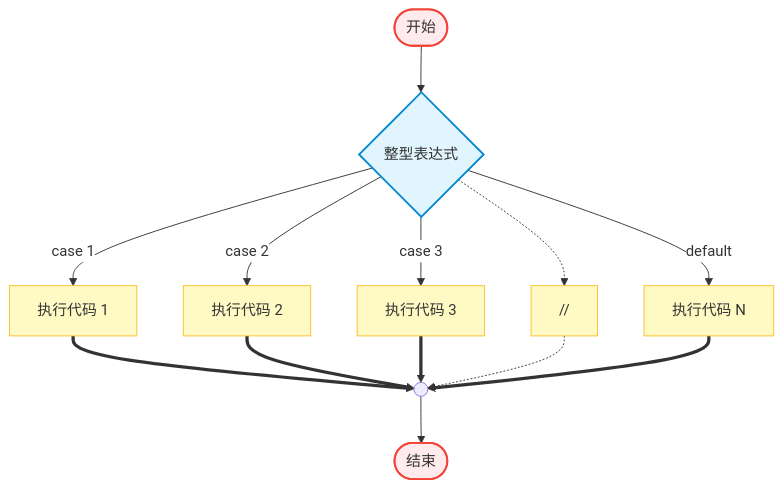
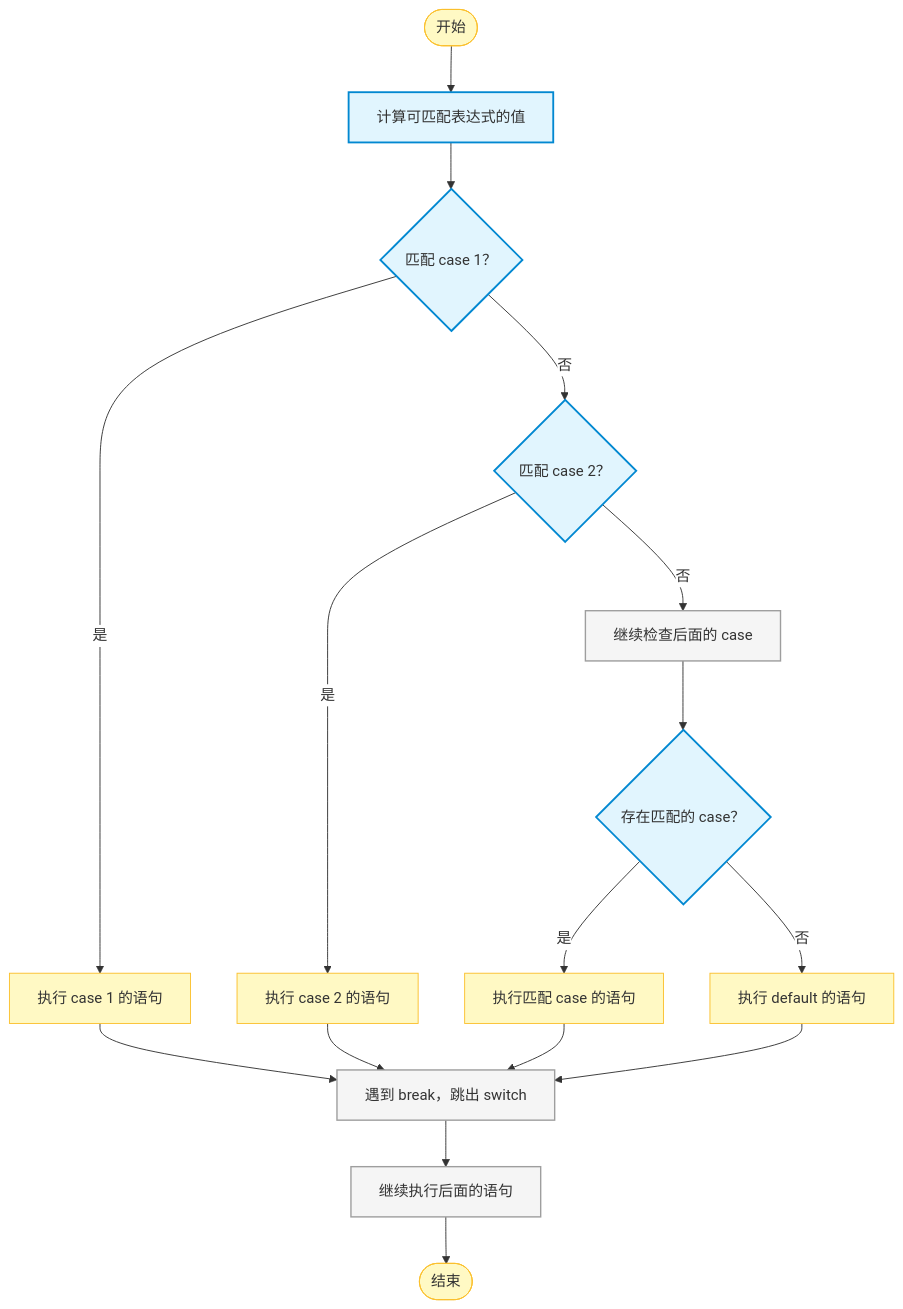
Before and after one commit to caozuoxitong-ren/oier-fans.github.io: the second of 2 diagrams in docs/信奥课程讲义/C++语法基础/C1_04_分支嵌套与逻辑运算符.md, drawn with Mermaid. The commit also changed other lines of this file and 7 other files, not shown here.

````diff
--- a/docs/信奥课程讲义/C++语法基础/C1_04_分支嵌套与逻辑运算符.md
+++ b/docs/信奥课程讲义/C++语法基础/C1_04_分支嵌套与逻辑运算符.md
@@ -461,30 +582,26 @@
 ```mermaid
 %%{init: {"themeVariables": {"edgeLabelBackground": "#FFFFFF"}}}%%
 flowchart TD
-    Start([开始]) --> Decision{整型表达式}
+    Start([开始]) --> Decision[计算可匹配表达式的值]
+    Decision --> Case1{匹配 case 1？}
+    Case1 -->|是| Action1[执行 case 1 的语句]
+    Case1 -->|否| Case2{匹配 case 2？}
+    Case2 -->|是| Action2[执行 case 2 的语句]
+    Case2 -->|否| More[继续检查后面的 case]
+    More --> Match{存在匹配的 case？}
+    Match -->|是| Action3[执行匹配 case 的语句]
+    Match -->|否| Default[执行 default 的语句]
+    Action1 --> Break[遇到 break，跳出 switch]
+    Action2 --> Break
+    Action3 --> Break
+    Default --> Break
+    Break --> Continue[继续执行后面的语句]
+    Continue --> End([结束])
 
-    Decision -- case 1 --> C1[执行代码 1]
-    Decision -- case 2 --> C2[执行代码 2]
-    Decision -- case 3 --> C3[执行代码 3]
-    Decision -.-> Dots["//"]
-    Decision -- default --> CN[执行代码 N]
-
-    C1 ==> M1(( ))
-    C2 ==> M1(( ))
-    C3 ==> M1(( ))
-    Dots -.-> M1(( ))
-    CN ==> M1(( ))
-    M1(( ))--> EndNode([结束])
-
-    %% 定义节点样式
     classDef condition fill:#e1f5fe,stroke:#0288d1,stroke-width:2px;
     classDef action fill:#fff9c4,stroke:#fbc02d,stroke-width:1px;
-    
-    %% 👇 新增：定义开始和结束按钮的颜色（粉色边框+浅色填充）
-    classDef startEnd fill:#ffebee,stroke:#f44336,stroke-width:2px;
-    class Start,EndNode startEnd;
-
-    %% 应用样式
-    class Decision condition;
-    class C1,C2,C3,Dots,CN action;    
+    classDef merge fill:#f5f5f5,stroke:#9e9e9e,stroke-width:1.5px;
+    class Decision,Case1,Case2,Match condition;
+    class Start,End,Action1,Action2,Action3,Default action;
+    class More,Break,Continue merge;
 ```
````
